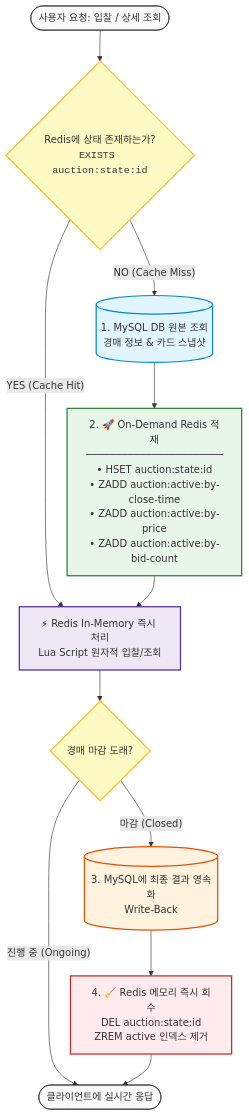
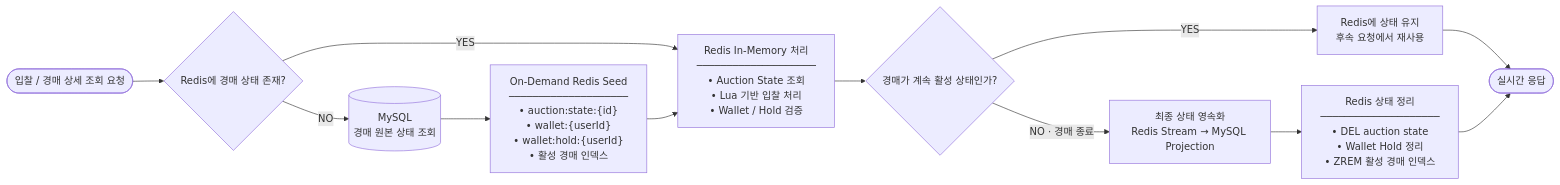
The second of 4 diagrams in README.md (hyeonyway/WEB-TEAM2-2gether), drawn with Mermaid before and after one commit.

Commit message:
chore: redis flow chart 리팩토링

````diff
--- a/README.md
+++ b/README.md
@@ -326,31 +326,14 @@
 ```mermaid
-flowchart TD
-    Start([사용자 요청: 입찰 / 상세 조회]) --> CheckRedis{Redis에 상태 존재하는가?<br/><code>EXISTS auction:state:id</code>}
-
-    %% Cache Hit 경로
-    CheckRedis -- "YES (Cache Hit)" --> LuaExec[⚡ Redis In-Memory 즉시 처리<br/>Lua Script 원자적 입찰/조회]
-
-    %% Cache Miss (On-Demand Loading) 경로
-    CheckRedis -- "NO (Cache Miss)" --> FetchDB[(1. MySQL DB 원본 조회<br/>경매 정보 & 카드 스냅샷)]
-    FetchDB --> LoadRedis["2. 🚀 On-Demand Redis 적재<br/>───────────────────────<br/>• HSET auction:state:id<br/>• ZADD auction:active:by-close-time<br/>• ZADD auction:active:by-price<br/>• ZADD auction:active:by-bid-count"]
-    LoadRedis --> LuaExec
-
-    %% 사후 처리 및 라이프사이클
-    LuaExec --> IsAuctionEnd{경매 마감 도래?}
-    IsAuctionEnd -- "진행 중 (Ongoing)" --> EndFlow([클라이언트에 실시간 응답])
-    
-    IsAuctionEnd -- "마감 (Closed)" --> SyncDB[(3. MySQL에 최종 결과 영속화<br/>Write-Back)]
-    SyncDB --> Cleanup["4. 🧹 Redis 메모리 즉시 회수<br/>DEL auction:state:id<br/>ZREM active 인덱스 제거"]
-    Cleanup --> EndFlow
-
-    %% 스타일링
-    style Start fill:#f9f9f9,stroke:#333,stroke-width:1px
-    style CheckRedis fill:#fff9c4,stroke:#fbc02d,stroke-width:2px
-    style FetchDB fill:#e1f5fe,stroke:#0288d1,stroke-width:2px
-    style LoadRedis fill:#e8f5e9,stroke:#2e7d32,stroke-width:2px
-    style LuaExec fill:#ede7f6,stroke:#512da8,stroke-width:2px
-    style IsAuctionEnd fill:#fff9c4,stroke:#fbc02d,stroke-width:2px
-    style SyncDB fill:#fff3e0,stroke:#e65100,stroke-width:2px
-    style Cleanup fill:#ffebee,stroke:#c62828,stroke-width:2px
-    style EndFlow fill:#f9f9f9,stroke:#333,stroke-width:1px
+flowchart LR
+    Start(["입찰 / 경매 상세 조회 요청"]) --> Exists{"Redis에 경매 상태 존재?"}
+    Exists -- YES --> Process["Redis In-Memory 처리<br>────────────────────<br>• Auction State 조회<br>• Lua 기반 입찰 처리<br>• Wallet / Hold 검증"]
+    Exists -- NO --> DB[("MySQL<br>경매 원본 상태 조회")]
+    DB --> Seed["On-Demand Redis Seed<br>────────────────────<br>• auction:state:{id}<br>• wallet:{userId}<br>• wallet:hold:{userId}<br>• 활성 경매 인덱스"]
+    Seed --> Process
+    Process --> Active{"경매가 계속 활성 상태인가?"}
+    Active -- YES --> Keep["Redis에 상태 유지<br>후속 요청에서 재사용"]
+    Keep --> Response(["실시간 응답"])
+    Active -- NO · 경매 종료 --> Persist["최종 상태 영속화<br>Redis Stream → MySQL Projection"]
+    Persist --> Cleanup["Redis 상태 정리<br>────────────────────<br>• DEL auction state<br>• Wallet Hold 정리<br>• ZREM 활성 경매 인덱스"]
+    Cleanup --> Response
 ```
````
